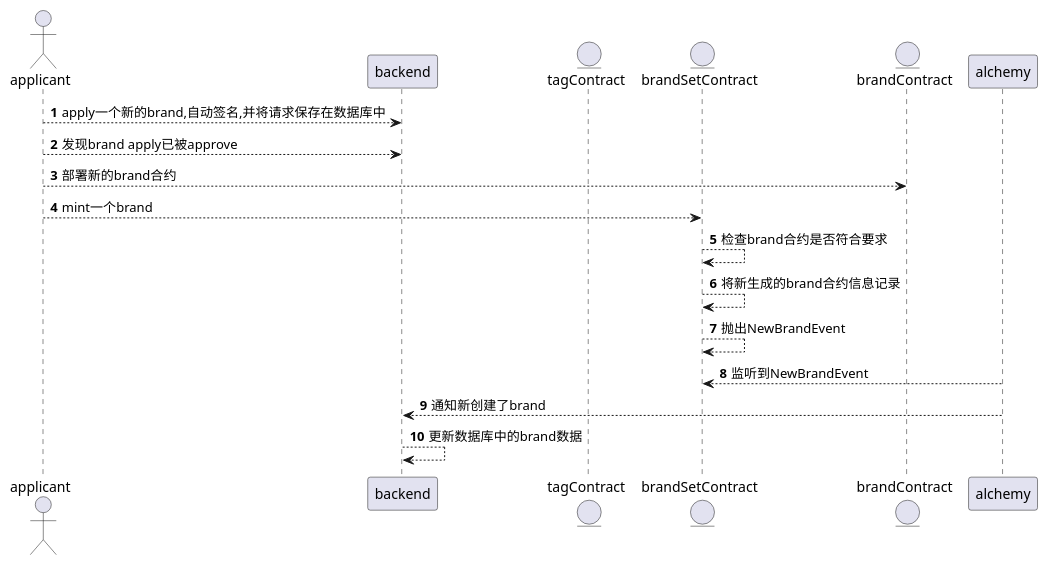
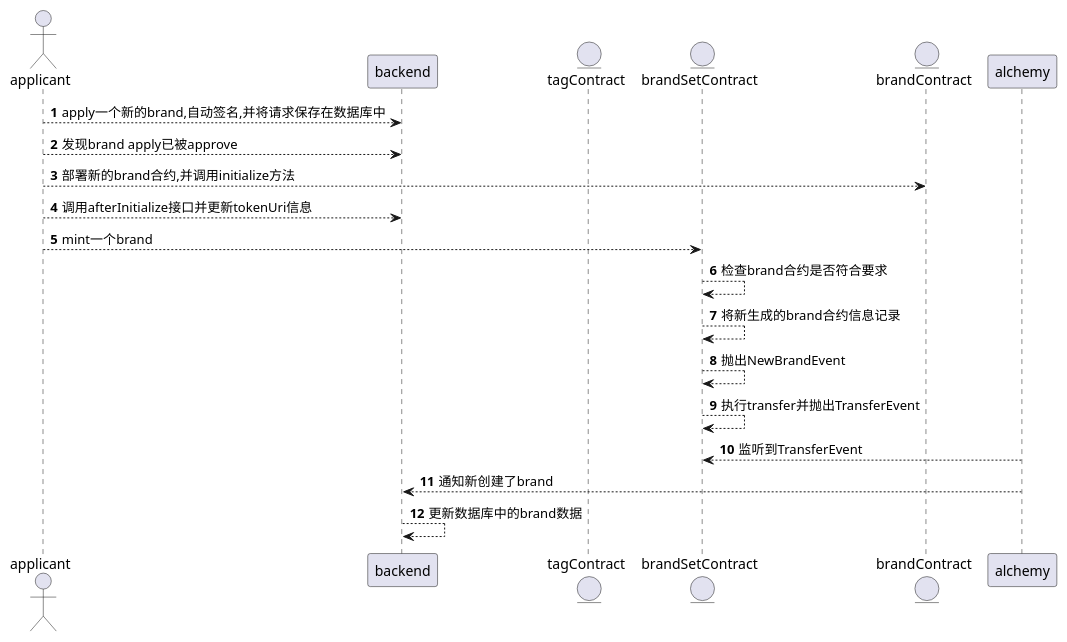
One commit to Taggie3/contract changed the diagram in docs/新增Brand时序图.puml. Above: the diagram before and after it, drawn with PlantUML. The commit also changed 9 other files, not shown here.

```diff
--- a/docs/新增Brand时序图.puml
+++ b/docs/新增Brand时序图.puml
@@ -1,24 +1,26 @@
 @startuml
 'https://plantuml.com/sequence-diagram
 
 autonumber
 
 actor applicant as applicant
 participant backend as backend
 entity tagContract as tagContract
 entity brandSetContract as brandSetContract
 entity brandContract as brandContract
 participant alchemy as alchemy
 
 applicant --> backend: apply一个新的brand,自动签名,并将请求保存在数据库中
 applicant --> backend: 发现brand apply已被approve
-applicant --> brandContract: 部署新的brand合约
+applicant --> brandContract: 部署新的brand合约,并调用initialize方法
+applicant --> backend: 调用afterInitialize接口并更新tokenUri信息
 applicant --> brandSetContract: mint一个brand
 brandSetContract --> brandSetContract: 检查brand合约是否符合要求
 brandSetContract --> brandSetContract: 将新生成的brand合约信息记录
 brandSetContract --> brandSetContract: 抛出NewBrandEvent
-alchemy --> brandSetContract:监听到NewBrandEvent
+brandSetContract --> brandSetContract: 执行transfer并抛出TransferEvent
+alchemy --> brandSetContract:监听到TransferEvent
 alchemy --> backend: 通知新创建了brand
 backend --> backend: 更新数据库中的brand数据
 
 @enduml
```
